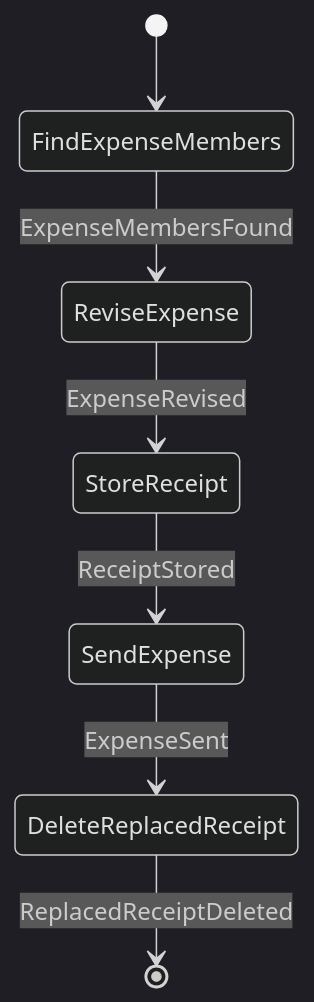
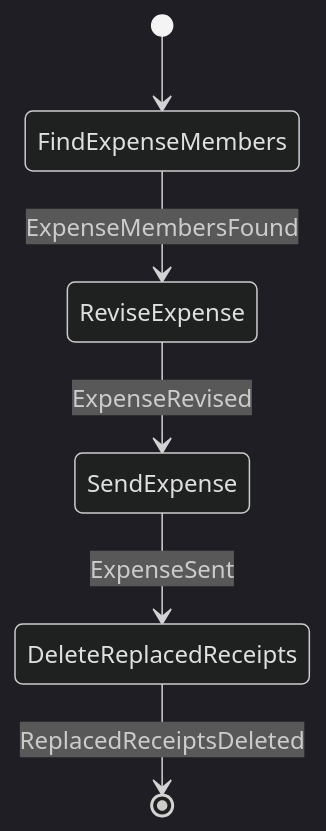
Before and after one commit to cbgm/Sparrow: the fourth of 15 diagrams in docs/architecture/workflows/groupstate.md, drawn with Mermaid (dark theme). The commit also changed other lines of this file and 62 other files, not shown here.

````diff
--- a/docs/architecture/workflows/groupstate.md
+++ b/docs/architecture/workflows/groupstate.md
@@ -102,9 +102,8 @@
 ```mermaid
 stateDiagram-v2
     [*] --> FindExpenseMembers
     FindExpenseMembers --> ReviseExpense : ExpenseMembersFound
-    ReviseExpense --> StoreReceipt : ExpenseRevised
-    StoreReceipt --> SendExpense : ReceiptStored
-    SendExpense --> DeleteReplacedReceipt : ExpenseSent
-    DeleteReplacedReceipt --> [*] : ReplacedReceiptDeleted
+    ReviseExpense --> SendExpense : ExpenseRevised
+    SendExpense --> DeleteReplacedReceipts : ExpenseSent
+    DeleteReplacedReceipts --> [*] : ReplacedReceiptsDeleted
 ```
````
